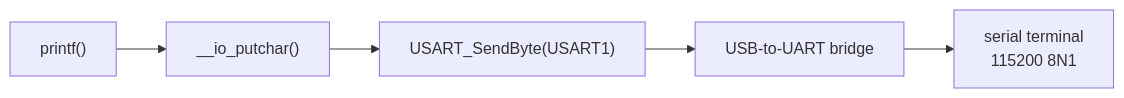
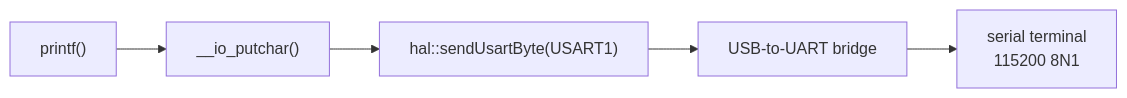
Before and after one commit to Cusnd/dual-stm32-safety-monitor: diagram 12 of 13 in docs/FUNCTION_DESIGN_WALKTHROUGH.en.md, drawn with Mermaid. The commit also changed other lines of this file and 78 other files, not shown here.

````diff
--- a/docs/FUNCTION_DESIGN_WALKTHROUGH.en.md
+++ b/docs/FUNCTION_DESIGN_WALKTHROUGH.en.md
@@ -341,7 +341,7 @@
 ```mermaid
 flowchart LR
   P["printf()"] --> C["__io_putchar()"]
-  C --> U["USART_SendByte(USART1)"]
+  C --> U["hal::sendUsartByte(USART1)"]
   U --> CH["USB-to-UART bridge"]
   CH --> PC["serial terminal\n115200 8N1"]
 ```
````
